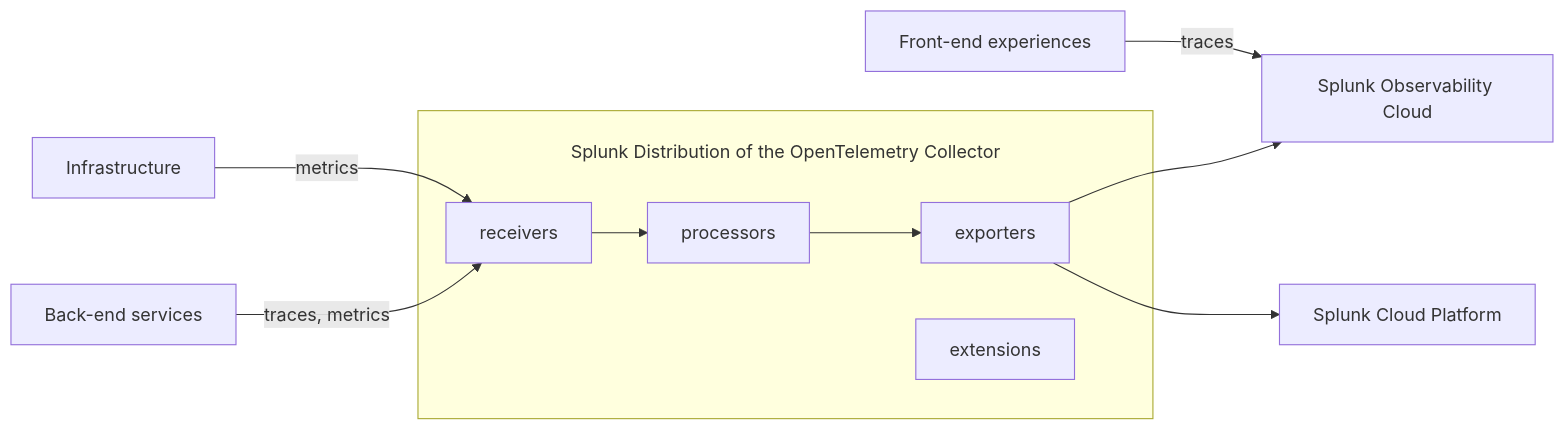
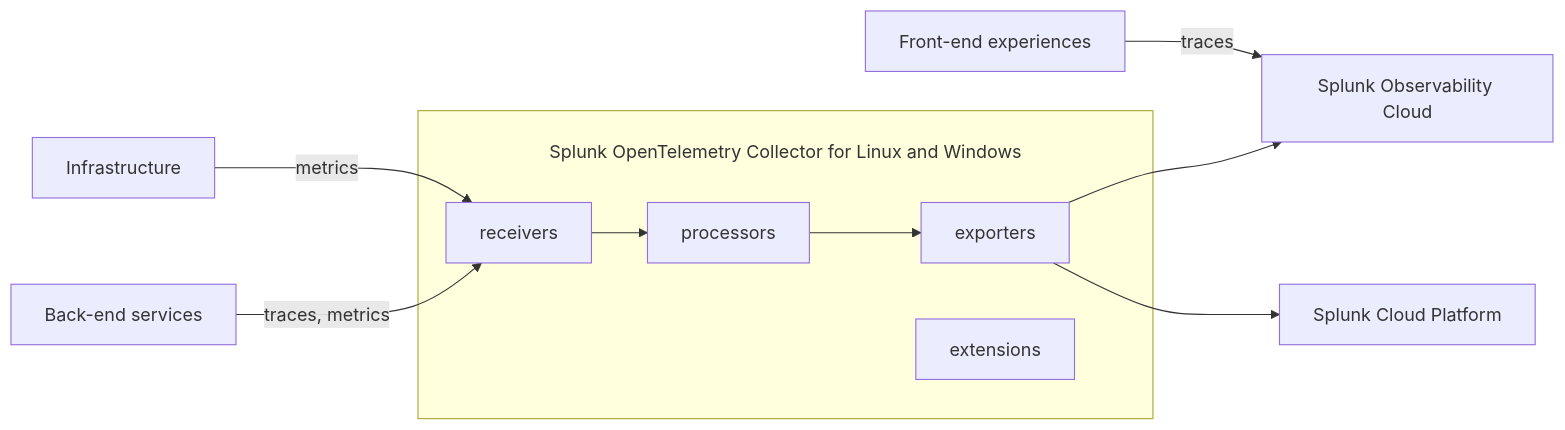
Before and after one commit to splunk/public-o11y-docs: the second of 2 diagrams in gdi/opentelemetry/opentelemetry.rst, drawn with Mermaid. The commit also changed other lines of this file, not shown here.

Commit message:
Minor correction

```diff
--- a/gdi/opentelemetry/opentelemetry.rst
+++ b/gdi/opentelemetry/opentelemetry.rst
@@ -121,23 +121,23 @@
 .. mermaid::
   
   flowchart LR
 
     accTitle: Splunk Distribution of the OpenTelemetry Collector diagram.
     accDescr: The Splunk Distribution of the OpenTelemetry Collector contains receivers, processors, exporters, and extensions. Receivers gather metrics and logs from infrastructure, and metrics, traces, and logs from back-end applications. Receivers send data to processors, and processors send data to exporters. Exporters send data to Splunk Observability Cloud and Splunk Cloud Platform. Front-end experiences send data directly to Splunk Observability Cloud through RUM instrumentation.
 
-    subgraph "\nSplunk Distribution of the OpenTelemetry Collector"
+    subgraph "\nSplunk OpenTelemetry Collector for Linux and Windows"
     receivers
     processors
     exporters
     extensions
     end
 
     Infrastructure -- "metrics" --> receivers
     B[Back-end services] -- "traces, metrics" --> receivers
     C[Front-end experiences] -- "traces" --> S[Splunk Observability Cloud]
 
     receivers --> processors
     processors --> exporters
 
     exporters --> S[Splunk Observability Cloud]
     exporters --> P[Splunk Cloud Platform]
```
